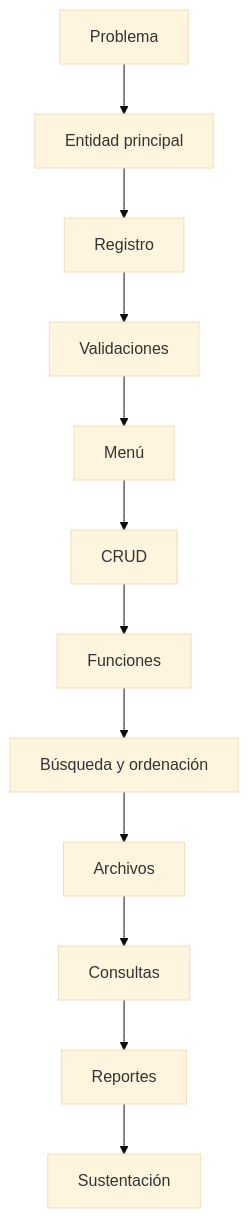
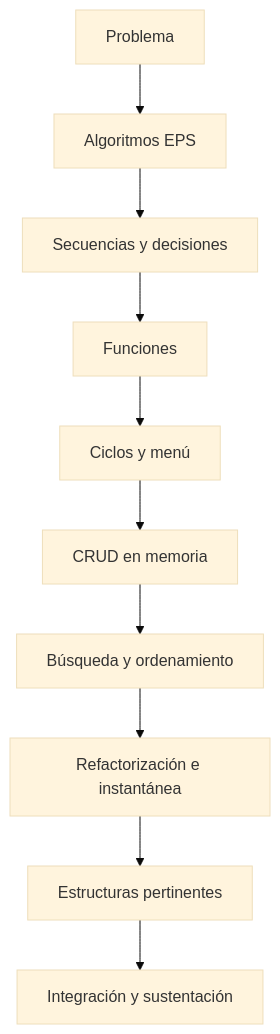
The diagram in docs/proyecto-sello/index.md (262fp/market-cli), drawn with Mermaid (base theme) before and after one commit. The commit also changed other lines of this file and 38 other files, not shown here.

````diff
--- a/docs/proyecto-sello/index.md
+++ b/docs/proyecto-sello/index.md
@@ -75,14 +75,12 @@
 ```mermaid
 flowchart TB
-    A[Problema] --> B[Entidad principal]
-    B --> C[Registro]
-    C --> D[Validaciones]
-    D --> E[Menú]
-    E --> F[CRUD]
-    F --> G[Funciones]
-    G --> H[Búsqueda y ordenación]
-    H --> I[Archivos]
-    I --> J[Consultas]
-    J --> K[Reportes]
-    K --> L[Sustentación]
+    A[Problema] --> B[Algoritmos EPS]
+    B --> C[Secuencias y decisiones]
+    C --> D[Funciones]
+    D --> E[Ciclos y menú]
+    E --> F[CRUD en memoria]
+    F --> G[Búsqueda y ordenamiento]
+    G --> H[Refactorización e instantánea]
+    H --> I[Estructuras pertinentes]
+    I --> J[Integración y sustentación]
 ```
````
